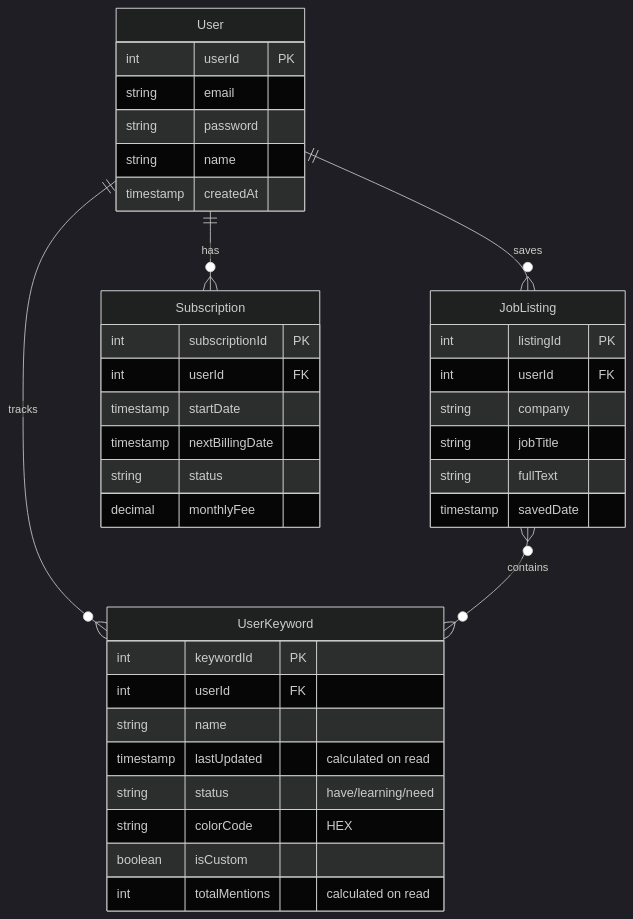
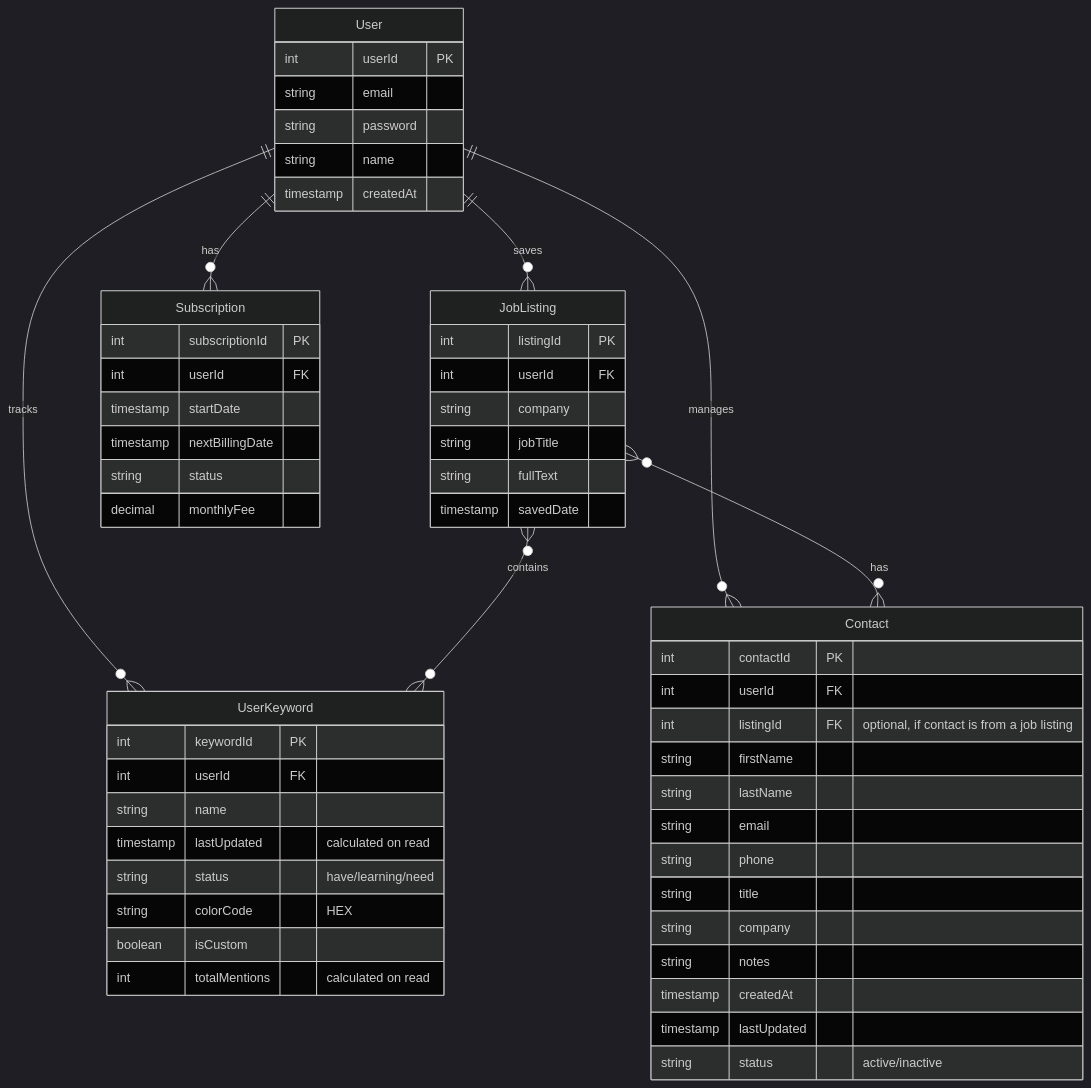
One commit to lmcrean/hoverboard-react changed the diagram in docs/docs/diagrams/ERD.md. Above: the diagram before and after it, drawn with Mermaid.

Commit message:
feat(docs): expand ERD documentation to include Contact entity
- Update ERD.md to add the Contact entity with its attributes and relationships to User and JobListing.
- This enhancement improves the clarity of the data model and supports better understanding of user interactions with contacts.

````diff
--- a/docs/docs/diagrams/ERD.md
+++ b/docs/docs/diagrams/ERD.md
@@ -3,45 +3,63 @@
 ```mermaid
 %%{init: {'theme': 'dark', 'themeVariables': { 'primaryTextColor': '#ffffff', 'primaryColor': '#ffffff', 'noteBkgColor': '#2b2b2b', 'noteTextColor': '#ffffff' }}}%%
 erDiagram
     User ||--o{ JobListing : saves
     User ||--o{ UserKeyword : tracks
     User ||--o{ Subscription : has
+    User ||--o{ Contact : manages
     JobListing }o--o{ UserKeyword : contains
+    JobListing }o--o{ Contact : has
     
     User {
         int userId PK
         string email
         string password
         string name
         timestamp createdAt
     }
     
     Subscription {
         int subscriptionId PK
         int userId FK
         timestamp startDate
         timestamp nextBillingDate
         string status
         decimal monthlyFee
     }
     
     JobListing {
         int listingId PK
         int userId FK
         string company
         string jobTitle
         string fullText
         timestamp savedDate
     }
     
     UserKeyword {
         int keywordId PK
         int userId FK
         string name
         timestamp lastUpdated "calculated on read"
         string status "have/learning/need"
         string colorCode "HEX"
         boolean isCustom
         int totalMentions "calculated on read"
     }
+
+    Contact {
+        int contactId PK
+        int userId FK
+        int listingId FK "optional, if contact is from a job listing"
+        string firstName
+        string lastName
+        string email
+        string phone
+        string title
+        string company
+        string notes
+        timestamp createdAt
+        timestamp lastUpdated
+        string status "active/inactive"
+    }
 ```
````
